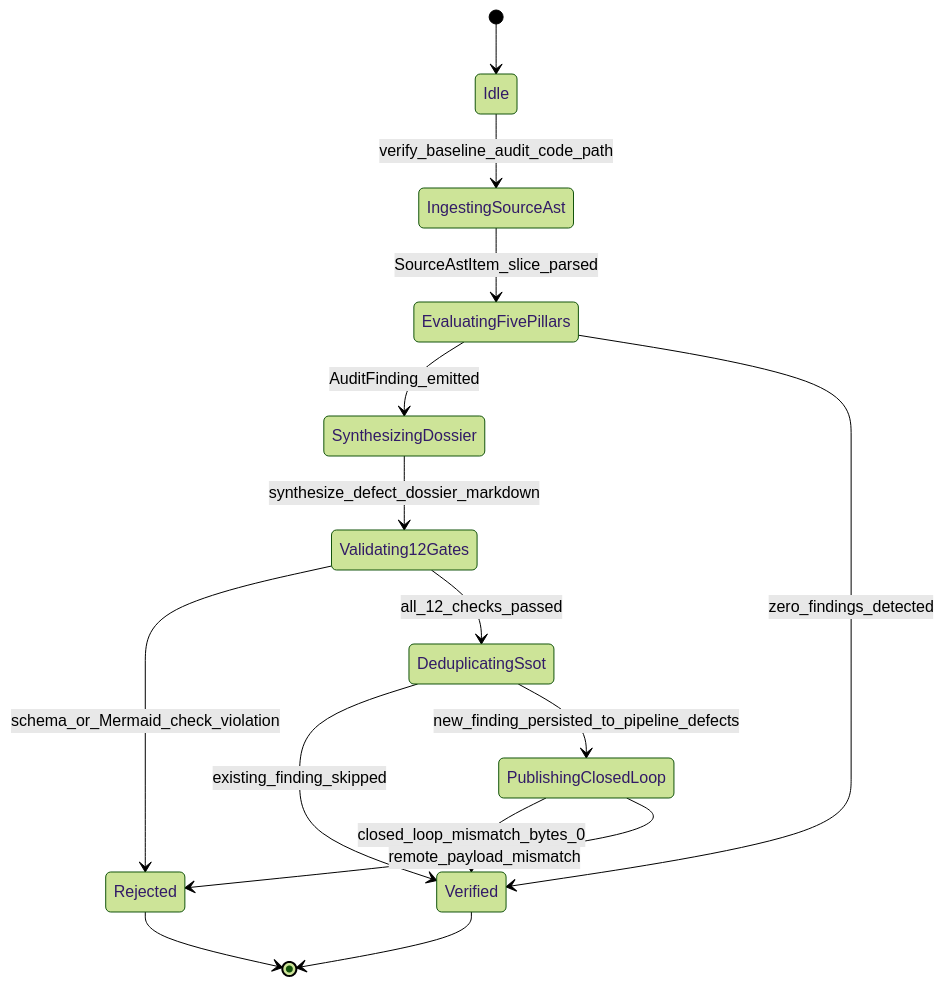
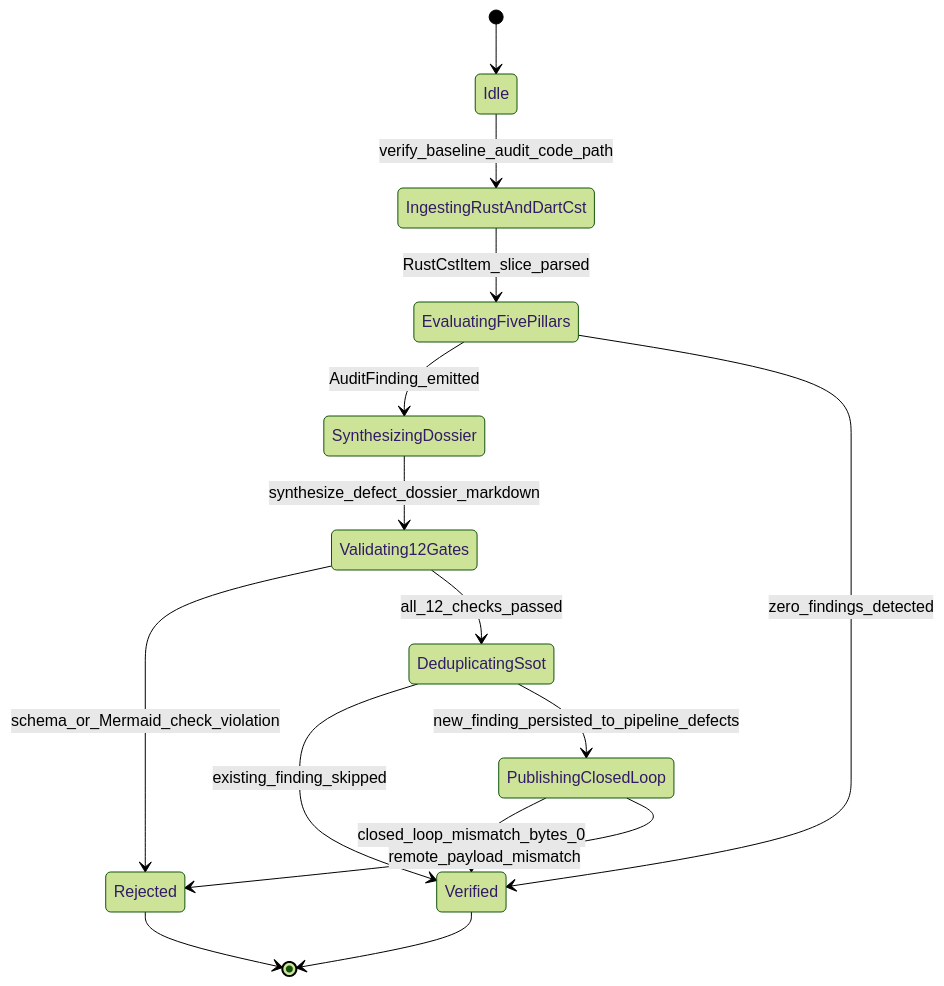
One commit to gintatkinson/DEAP01-spec-core changed the second of 2 diagrams in .pipeline/upstream/docs/epics/EPIC-06-BP_06_Deterministic_Static_5_Pillar_Code_Auditor_and_Defect_Dossier_Synthesizer_Blueprint.md. Above: the diagram before and after it, drawn with Mermaid (forest theme). The commit also changed other lines of this file and 196 other files, not shown here.

````diff
--- a/.pipeline/upstream/docs/epics/EPIC-06-BP_06_Deterministic_Static_5_Pillar_Code_Auditor_and_Defect_Dossier_Synthesizer_Blueprint.md
+++ b/.pipeline/upstream/docs/epics/EPIC-06-BP_06_Deterministic_Static_5_Pillar_Code_Auditor_and_Defect_Dossier_Synthesizer_Blueprint.md
@@ -104,17 +104,17 @@
 ```mermaid
 stateDiagram-v2
     [*] --> Idle
-    Idle --> IngestingSourceAst : verify_baseline_audit_code_path
-    IngestingSourceAst --> EvaluatingFivePillars : SourceAstItem_slice_parsed
+    Idle --> IngestingRustAndDartCst : verify_baseline_audit_code_path
+    IngestingRustAndDartCst --> EvaluatingFivePillars : RustCstItem_slice_parsed
     EvaluatingFivePillars --> SynthesizingDossier : AuditFinding_emitted
     EvaluatingFivePillars --> Verified : zero_findings_detected
     SynthesizingDossier --> Validating12Gates : synthesize_defect_dossier_markdown
     Validating12Gates --> Rejected : schema_or_Mermaid_check_violation
     Validating12Gates --> DeduplicatingSsot : all_12_checks_passed
     DeduplicatingSsot --> Verified : existing_finding_skipped
     DeduplicatingSsot --> PublishingClosedLoop : new_finding_persisted_to_pipeline_defects
     PublishingClosedLoop --> Verified : closed_loop_mismatch_bytes_0
     PublishingClosedLoop --> Rejected : remote_payload_mismatch
     Rejected --> [*]
     Verified --> [*]
 ```
````
